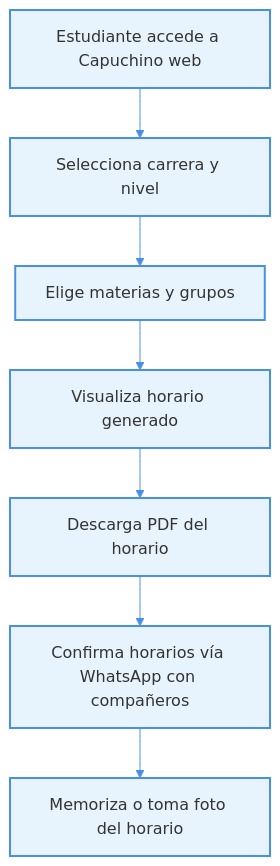
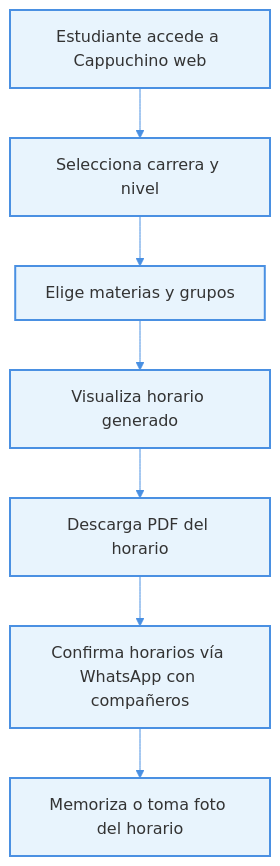
Before and after one commit to smith-3/Taller-Grado-II: the diagram in images/diagrams/area_asis_proceso.mmd, drawn with Mermaid. The commit also changed 27 other files, not shown here.

```diff
--- a/images/diagrams/area_asis_proceso.mmd
+++ b/images/diagrams/area_asis_proceso.mmd
@@ -1,24 +1,24 @@
 %%{init: {
   "theme": "base",
   "themeVariables": {
     "primaryColor": "#E8F4FD",
     "primaryBorderColor": "#4A90E2",
     "primaryTextColor": "#333",
     "lineColor": "#4A90E2",
     "fontSize": "16px",
     "fontFamily": "Arial, sans-serif"
   }
 }}%%
 flowchart TD
-    A[Estudiante accede a Capuchino web]
+    A[Estudiante accede a Cappuchino web]
     B[Selecciona carrera y nivel]
     C[Elige materias y grupos]
     D[Visualiza horario generado]
     E[Descarga PDF del horario]
     F[Confirma horarios vía WhatsApp con compañeros]
     G[Memoriza o toma foto del horario]
 
     A --> B --> C --> D --> E --> F --> G
 
     classDef paso fill:#E8F4FD,stroke:#4A90E2,color:#333,stroke-width:2px;
     class A,B,C,D,E,F,G paso;
```
